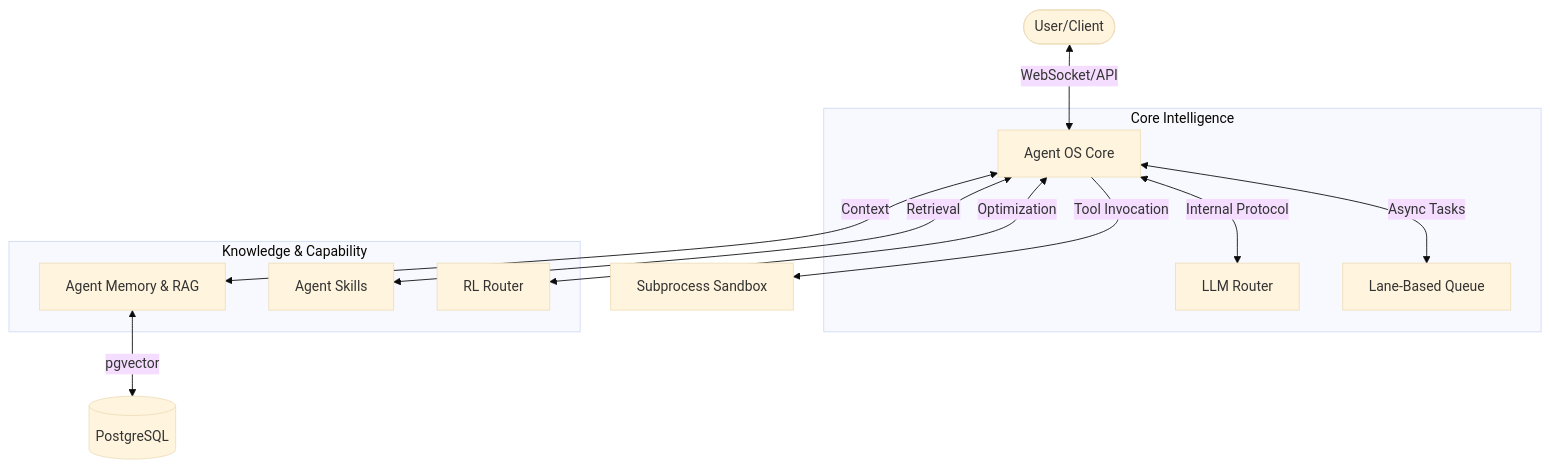
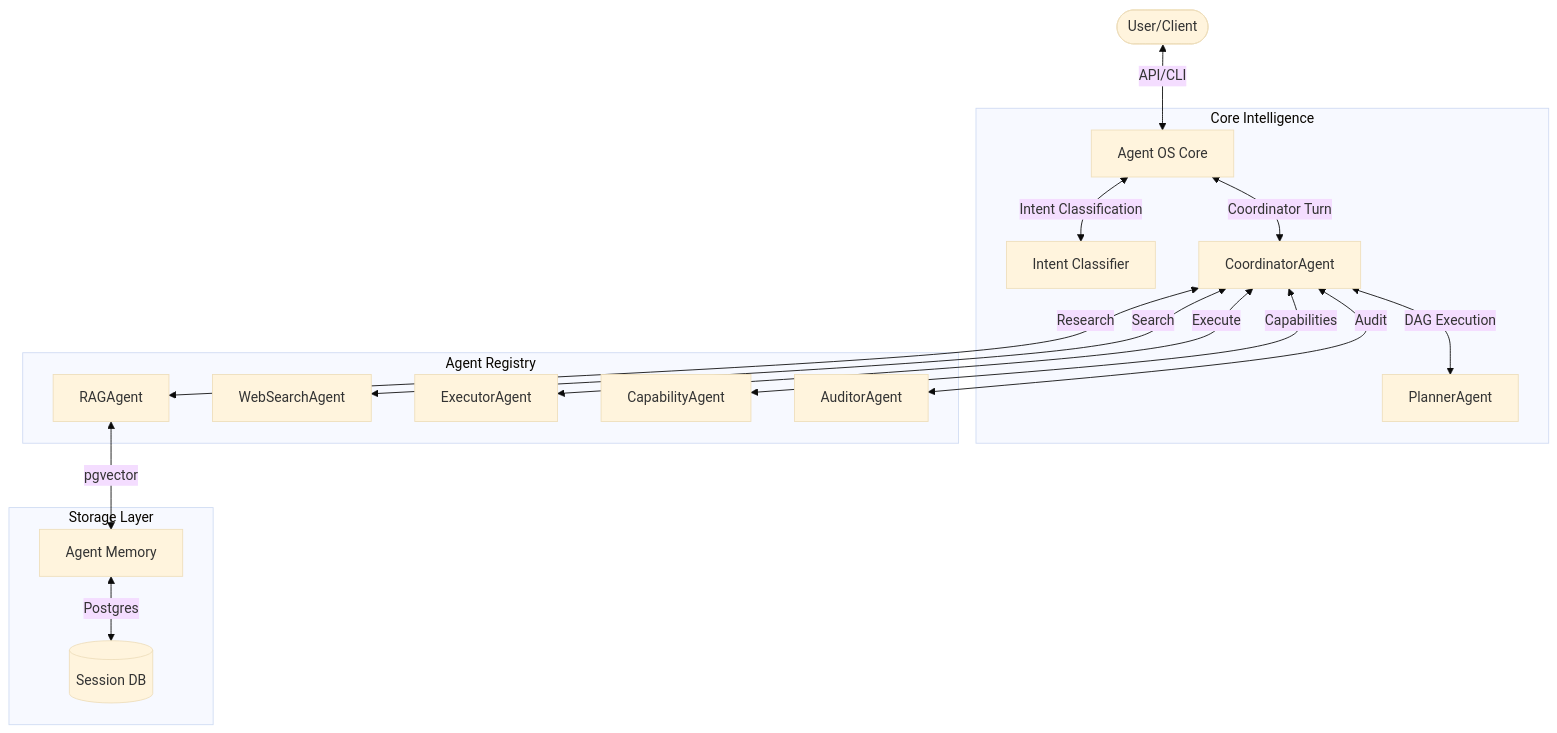
Before and after one commit to savyasachi6/agentic_os: the diagram in README.md, drawn with Mermaid (base theme). The commit also changed other lines of this file and 2185 other files, not shown here.

````diff
--- a/README.md
+++ b/README.md
@@ -9,18 +9,23 @@
 ```mermaid
 graph TD
-    User([User/Client]) <-->|WebSocket/API| Core[Agent OS Core]
+    User([User/Client]) <-->|API/CLI| Core[Agent OS Core]
     
     subgraph "Core Intelligence"
-        Core <-->|Internal Protocol| Router[LLM Router]
-        Core <-->|Async Tasks| Queue[Lane-Based Queue]
+        Core <-->|Intent Classification| IC[Intent Classifier]
+        Core <-->|Coordinator Turn| C[CoordinatorAgent]
+        C <-->|DAG Execution| P[PlannerAgent]
     end
 
-    subgraph "Knowledge & Capability"
-        Core <-->|Context| Memory[Agent Memory & RAG]
-        Core <-->|Retrieval| Skills[Agent Skills]
-        Core <-->|Optimization| RLRouter[RL Router]
+    subgraph "Agent Registry"
+        C <-->|Research| RAG[RAGAgent]
+        C <-->|Search| WS[WebSearchAgent]
+        C <-->|Execute| EX[ExecutorAgent]
+        C <-->|Capabilities| CAP[CapabilityAgent]
+        C <-->|Audit| AD[AuditorAgent]
     end
 
-    Memory <-->|pgvector| DB[(PostgreSQL)]
-    Core -->|Tool Invocation| Sandbox[Subprocess Sandbox]
+    subgraph "Storage Layer"
+        RAG <-->|pgvector| AM[Agent Memory]
+        AM <-->|Postgres| DB[(Session DB)]
+    end
 ```
````
